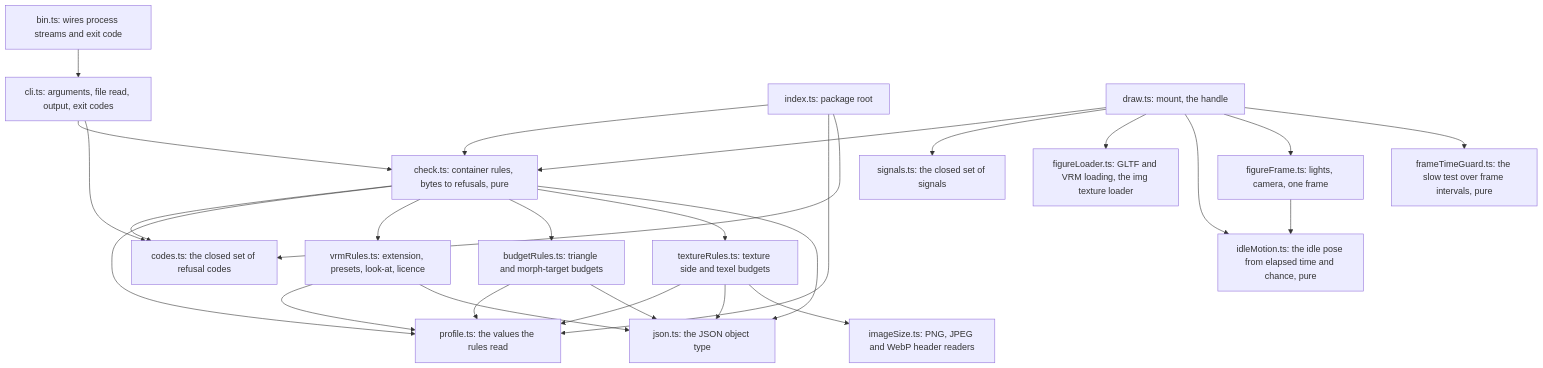
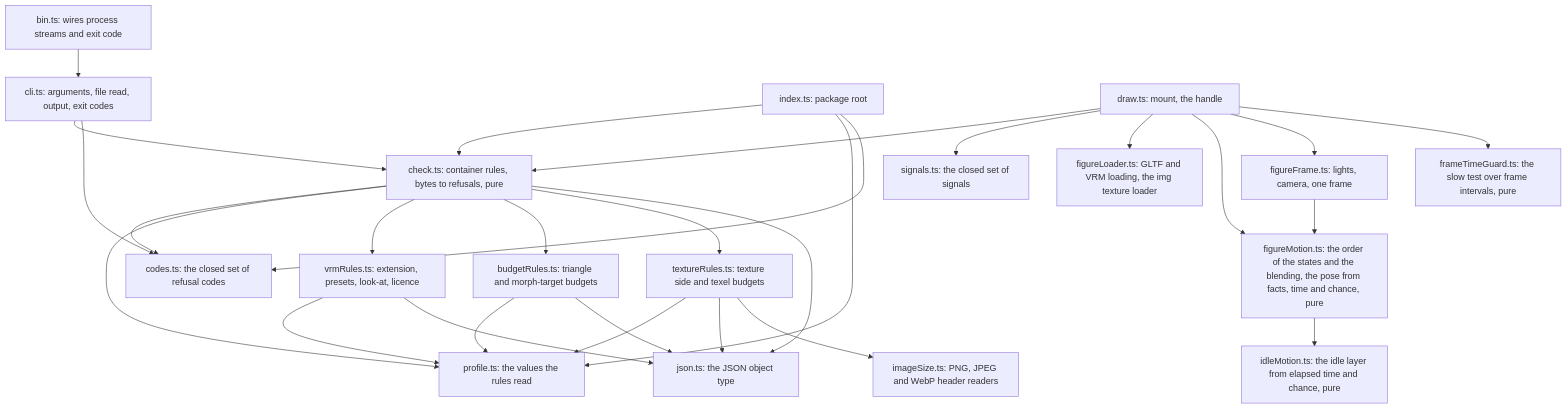
Before and after one commit to overnightworks/figure: the second of 4 diagrams in docs/ARCHITECTURE.md, drawn with Mermaid. The commit also changed other lines of this file and 14 other files, not shown here.

First line of the commit message:
A figure shows that its agent thinks: think(working) and the driver of its motion (#41)

````diff
--- a/docs/ARCHITECTURE.md
+++ b/docs/ARCHITECTURE.md
@@ -22,38 +22,40 @@
 ```mermaid
 flowchart TD
     bin["bin.ts: wires process streams and exit code"] --> cli
     cli["cli.ts: arguments, file read, output, exit codes"] --> check
     cli --> codes
     check["check.ts: container rules, bytes to refusals, pure"] --> codes
     check --> profile
     check --> vrmRules
     check --> budgetRules
     check --> textureRules
     textureRules["textureRules.ts: texture side and texel budgets"] --> profile
     textureRules --> json
     textureRules --> imageSize
     imageSize["imageSize.ts: PNG, JPEG and WebP header readers"]
     vrmRules["vrmRules.ts: extension, presets, look-at, licence"] --> profile
     budgetRules["budgetRules.ts: triangle and morph-target budgets"] --> profile
     vrmRules --> json
     budgetRules --> json
     check --> json
     json["json.ts: the JSON object type"]
     profile["profile.ts: the values the rules read"]
     codes["codes.ts: the closed set of refusal codes"]
     index["index.ts: package root"] --> check
     index --> profile
     index --> codes
     draw["draw.ts: mount, the handle"] --> check
     draw --> signals
     draw --> figureLoader
-    draw --> idleMotion
+    draw --> figureMotion
     draw --> figureFrame
     draw --> frameTimeGuard
     figureLoader["figureLoader.ts: GLTF and VRM loading, the img texture loader"]
-    idleMotion["idleMotion.ts: the idle pose from elapsed time and chance, pure"]
+    figureMotion["figureMotion.ts: the order of the states and the blending, the pose from facts, time and chance, pure"]
+    figureMotion --> idleMotion
+    idleMotion["idleMotion.ts: the idle layer from elapsed time and chance, pure"]
     figureFrame["figureFrame.ts: lights, camera, one frame"]
-    figureFrame --> idleMotion
+    figureFrame --> figureMotion
     signals["signals.ts: the closed set of signals"]
     frameTimeGuard["frameTimeGuard.ts: the slow test over frame intervals, pure"]
 ```
````
